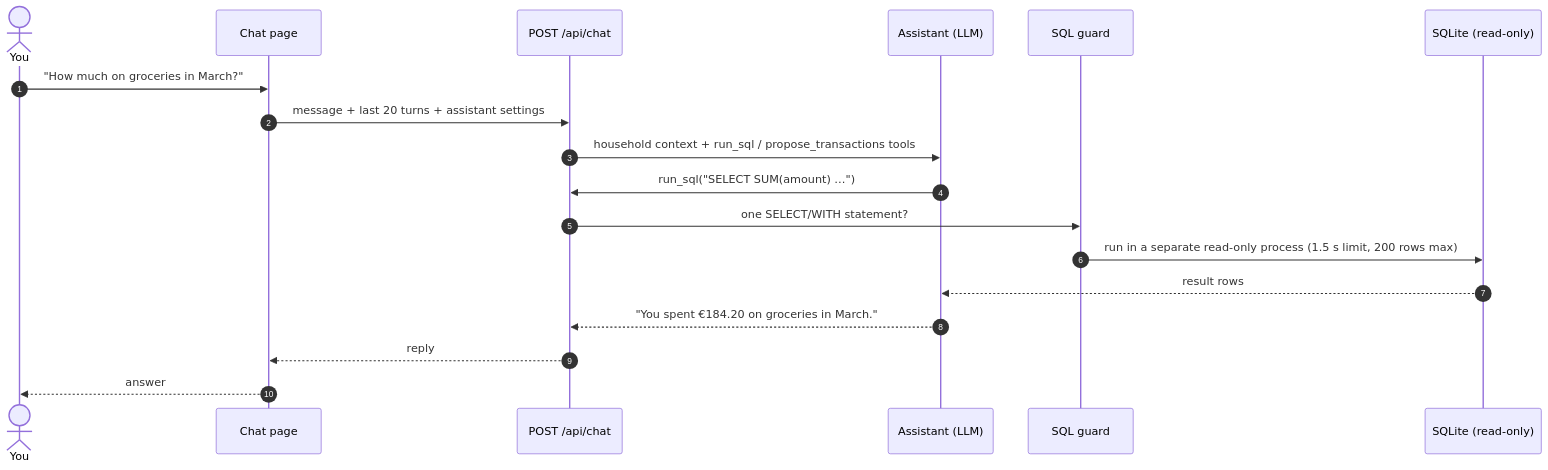
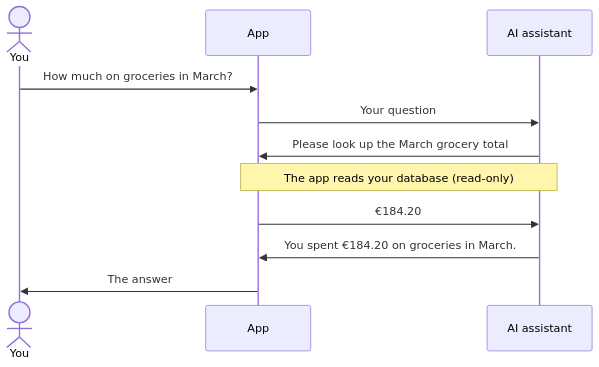
The third of 4 diagrams in README.md (SameerR007/haushaltsbuch), drawn with Mermaid before and after one commit. The commit also changed other lines of this file and 13 other files, not shown here.

First line of the commit message:
Add the homepage promo video and simplify the README diagrams. (#22)

````diff
--- a/README.md
+++ b/README.md
@@ -108,21 +71,13 @@
 ```mermaid
 sequenceDiagram
-    autonumber
     actor You
-    participant Chat as Chat page
-    participant API as POST /api/chat
-    participant LLM as Assistant (LLM)
-    participant Guard as SQL guard
-    participant DB as SQLite (read-only)
-
-    You->>Chat: "How much on groceries in March?"
-    Chat->>API: message + last 20 turns + assistant settings
-    API->>LLM: household context + run_sql / propose_transactions tools
-    LLM->>API: run_sql("SELECT SUM(amount) …")
-    API->>Guard: one SELECT/WITH statement?
-    Guard->>DB: run in a separate read-only process (1.5 s limit, 200 rows max)
-    DB-->>LLM: result rows
-    LLM-->>API: "You spent €184.20 on groceries in March."
-    API-->>Chat: reply
-    Chat-->>You: answer
+    participant App
+    participant AI as AI assistant
+    You->>App: How much on groceries in March?
+    App->>AI: Your question
+    AI->>App: Please look up the March grocery total
+    Note over App,AI: The app reads your database (read-only)
+    App->>AI: €184.20
+    AI->>App: You spent €184.20 on groceries in March.
+    App->>You: The answer
 ```
````
